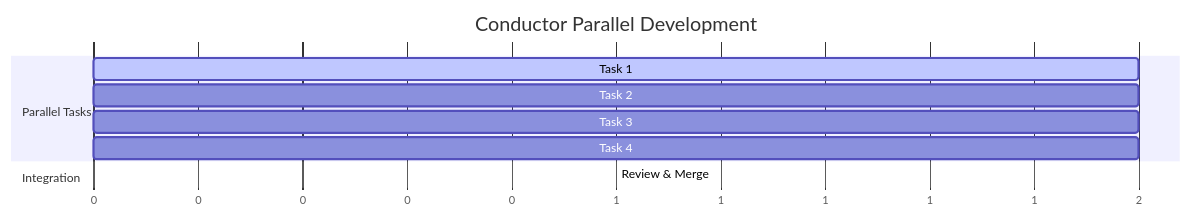
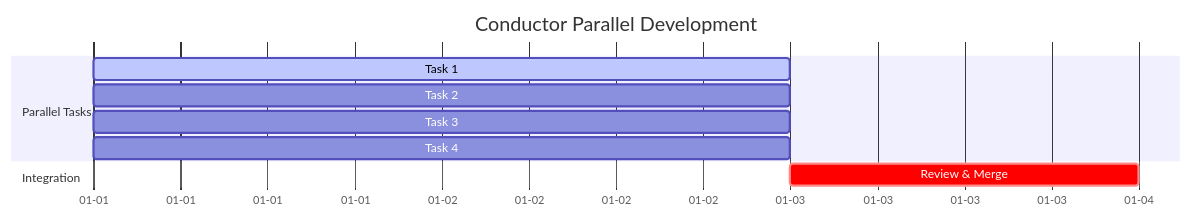
The sixth of 7 diagrams in _posts/2025-11-06-conductor-analysis.md (shrwnsan/research), drawn with Mermaid before and after one commit. The commit also changed other lines of this file and 2 other files, not shown here.

````diff
--- a/_posts/2025-11-06-conductor-analysis.md
+++ b/_posts/2025-11-06-conductor-analysis.md
@@ -148,15 +149,15 @@
 ```mermaid
 gantt
     title Conductor Parallel Development
-    dateFormat X
-    axisFormat %s
+    dateFormat YYYY-MM-DD
+    axisFormat %m-%d
 
     section Parallel Tasks
-    Task 1        :active, parallel1, 0, 2
-    Task 2        :parallel2, 0, 2
-    Task 3        :parallel3, 0, 2
-    Task 4        :parallel4, 0, 2
+    Task 1        :active, parallel1, 2024-01-01, 2d
+    Task 2        :parallel2, 2024-01-01, 2d
+    Task 3        :parallel3, 2024-01-01, 2d
+    Task 4        :parallel4, 2024-01-01, 2d
 
     section Integration
-    Review & Merge :review, after parallel1, 1
+    Review & Merge :crit, review, 2024-01-03, 1d
 ```
````
